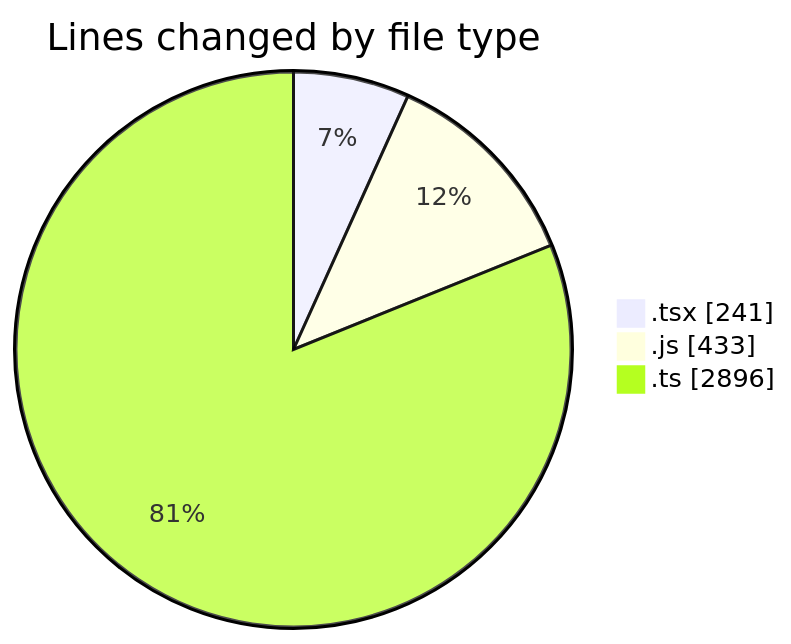
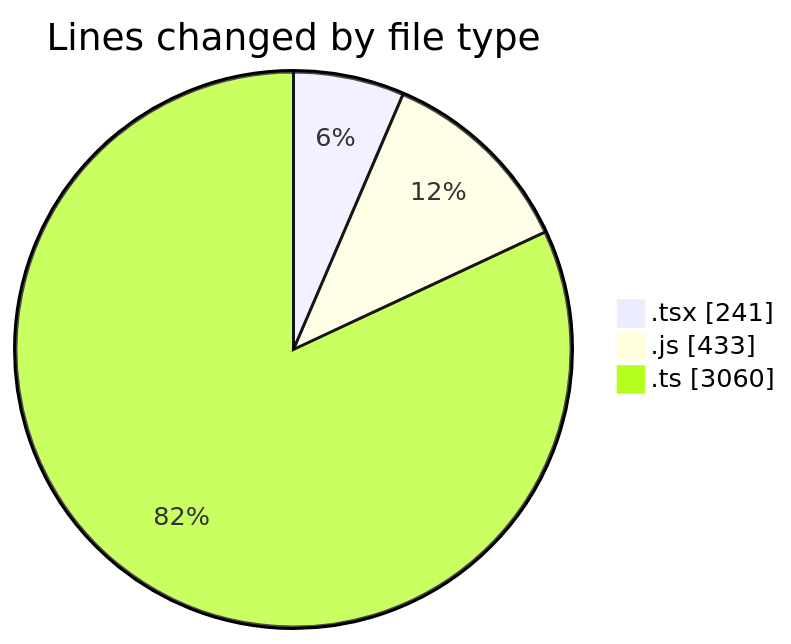
One commit to momahboobian/code-tracking changed the first of 2 diagrams in 2026-08-17/cda/README.md. Above: the diagram before and after it, drawn with Mermaid. The commit also changed other lines of this file and 1 other file, not shown here.

````diff
--- a/2026-08-17/cda/README.md
+++ b/2026-08-17/cda/README.md
@@ -28,7 +28,7 @@
 ```mermaid
 pie showData
 title Lines changed by file type
 ".tsx" : 241
 ".js" : 433
-".ts" : 2896
+".ts" : 3060
 ```
````
